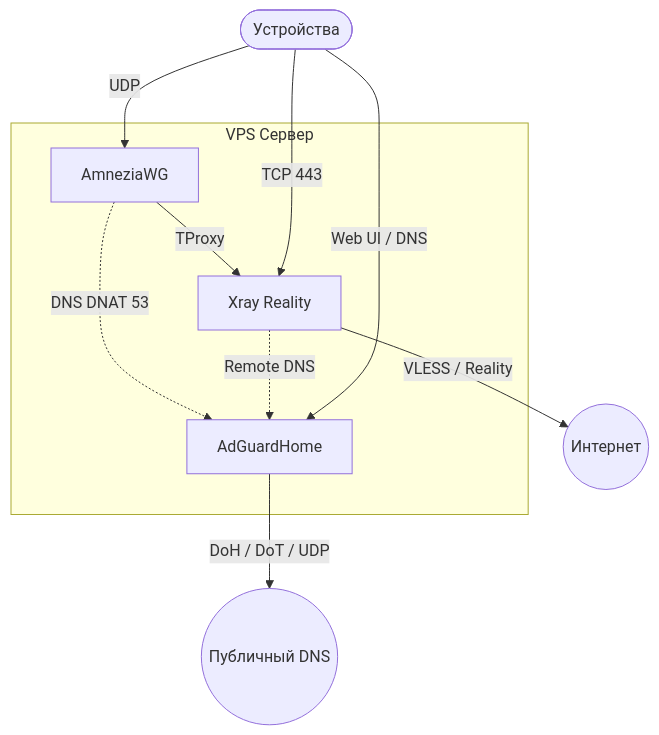
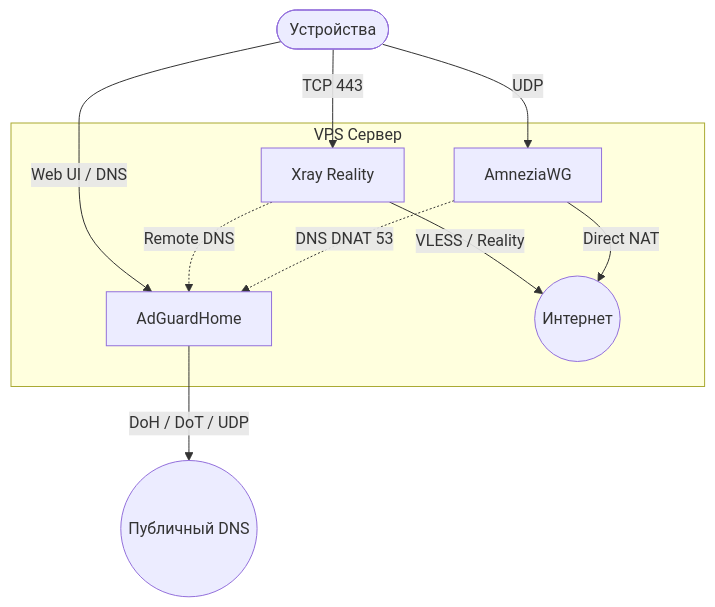
Before and after one commit to SpIvanM/3x-awg-adg-bundle: the first of 2 diagrams in readme.md, drawn with Mermaid. The commit also changed other lines of this file and 9 other files, not shown here.

Commit message:
полный обход Xray/TProxy для AWG

````diff
--- a/readme.md
+++ b/readme.md
@@ -29,21 +29,21 @@
 ```mermaid
 graph TD
     User([Устройства])
 
     subgraph VPS [VPS Сервер]
         AWG[AmneziaWG]
         XR[Xray Reality]
         AGH[AdGuardHome]
 
-        AWG -->|TProxy| XR
+        AWG -->|Direct NAT| Net((Интернет))
         AWG -.->|DNS DNAT 53| AGH
         XR -.->|Remote DNS| AGH
     end
 
     XR -->|VLESS / Reality| Net((Интернет))
     AGH -->|DoH / DoT / UDP| DNS((Публичный DNS))
 
     User -->|UDP| AWG
     User -->|TCP 443| XR
     User -->|Web UI / DNS| AGH
 ```
````
